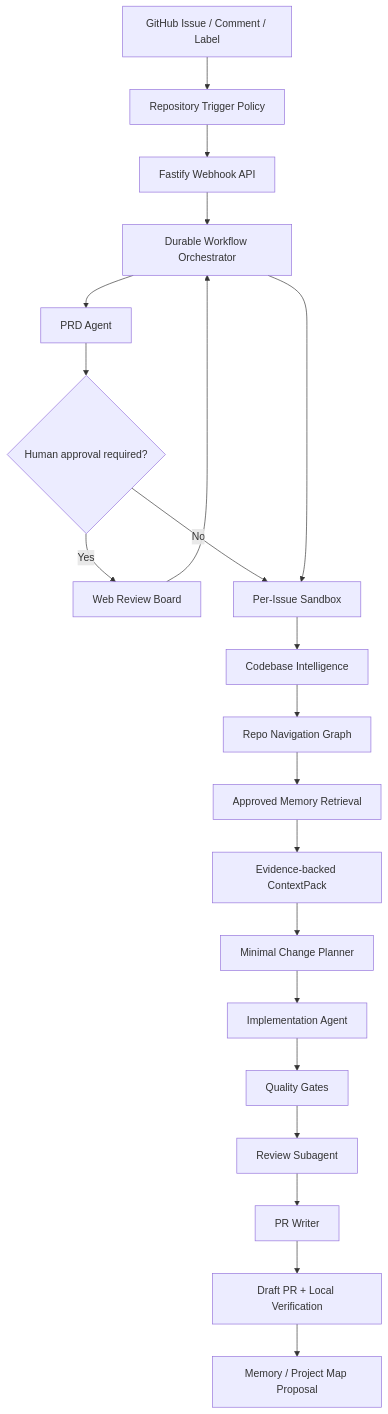
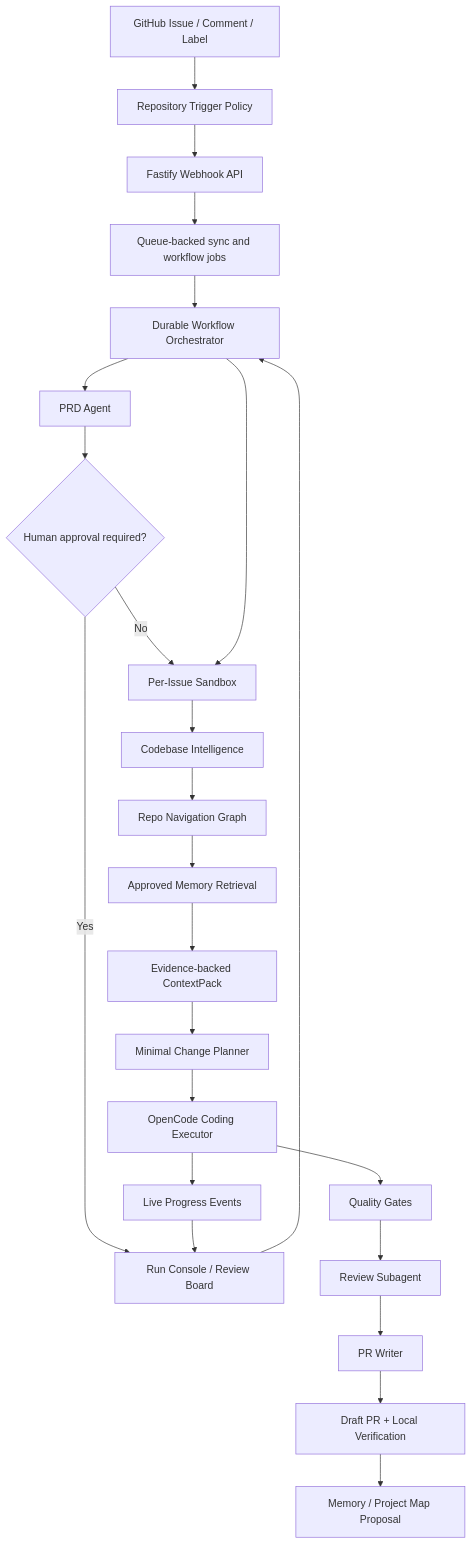
The diagram in README.md (JASON-QWeb/CodeZero), drawn with Mermaid before and after one commit. The commit also changed other lines of this file and 35 other files, not shown here.

Commit message:
Improve coding workflow observability

````diff
--- a/README.md
+++ b/README.md
@@ -28,23 +37,26 @@
 ```mermaid
 flowchart TD
   GH["GitHub Issue / Comment / Label"] --> TP["Repository Trigger Policy"]
   TP --> API["Fastify Webhook API"]
-  API --> WF["Durable Workflow Orchestrator"]
+  API --> Q["Queue-backed sync and workflow jobs"]
+  Q --> WF["Durable Workflow Orchestrator"]
   WF --> PRD["PRD Agent"]
   PRD --> GATE{"Human approval required?"}
-  GATE -->|Yes| UI["Web Review Board"]
+  GATE -->|Yes| UI["Run Console / Review Board"]
   UI --> WF
   GATE -->|No| SB["Per-Issue Sandbox"]
   WF --> SB
   SB --> IDX["Codebase Intelligence"]
   IDX --> GRAPH["Repo Navigation Graph"]
   GRAPH --> MEM["Approved Memory Retrieval"]
   MEM --> CP["Evidence-backed ContextPack"]
   CP --> PLAN["Minimal Change Planner"]
-  PLAN --> IMPL["Implementation Agent"]
+  PLAN --> IMPL["OpenCode Coding Executor"]
+  IMPL --> STREAM["Live Progress Events"]
+  STREAM --> UI
   IMPL --> QA["Quality Gates"]
   QA --> REV["Review Subagent"]
   REV --> PRW["PR Writer"]
   PRW --> PR["Draft PR + Local Verification"]
   PR --> LEARN["Memory / Project Map Proposal"]
 ```
````
